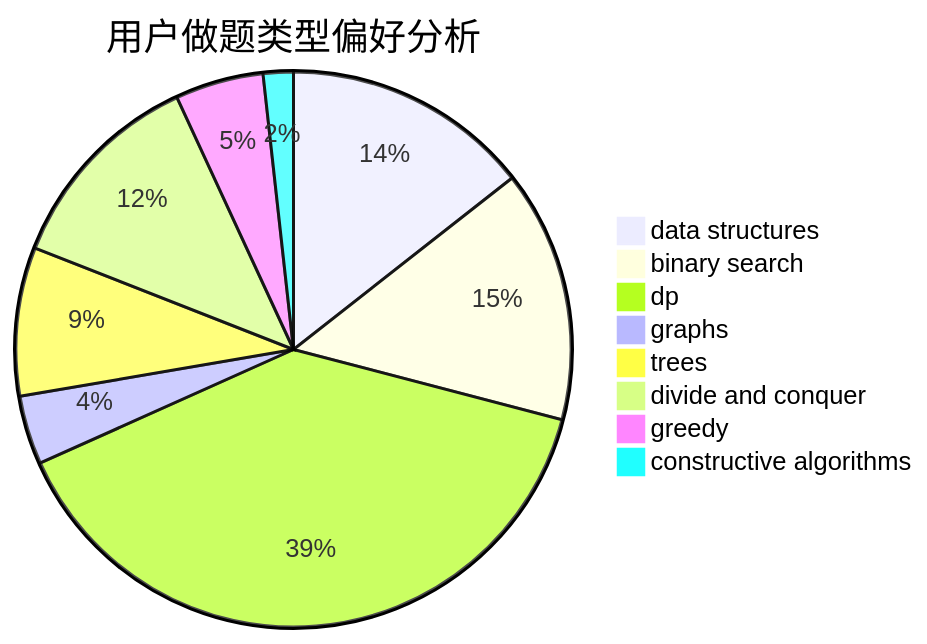
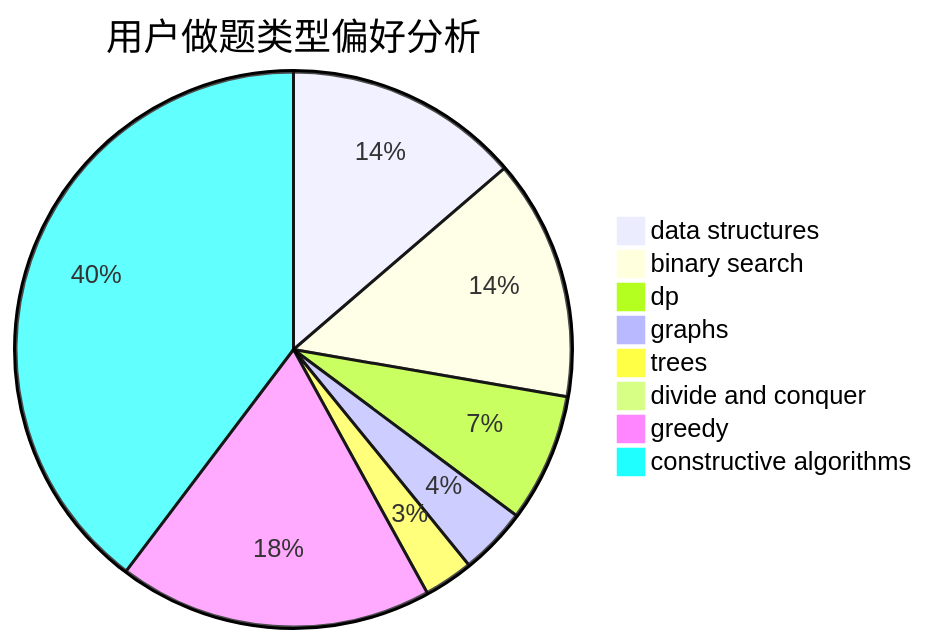
Before and after one commit to sherpahu/cfrs.github.io: the second of 3 diagrams in docs/user/u532.md, drawn with Mermaid. The commit also changed other lines of this file and 2770 other files, not shown here.

````diff
--- a/docs/user/u532.md
+++ b/docs/user/u532.md
@@ -23,11 +23,11 @@
 ```mermaid
 pie title 用户做题类型偏好分析
-    "data structures" :  115
-    "binary search" :  117
-    "dp" :  313
-    "graphs" :  32
-    "trees" :  69
-    "divide and conquer" :  97
-    "greedy" :  41
-    "constructive algorithms" :  14
+    "data structures" :  167
+    "binary search" :  171
+    "dp" :  91
+    "graphs" :  48
+    "trees" :  35
+    "divide and conquer" :  1
+    "greedy" :  223
+    "constructive algorithms" :  484
 ```
````
